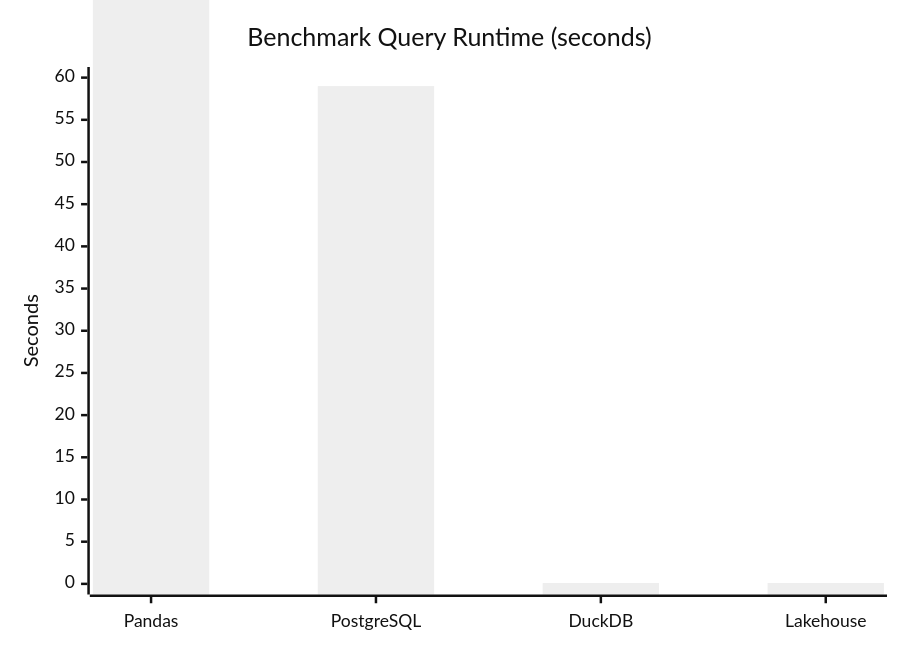
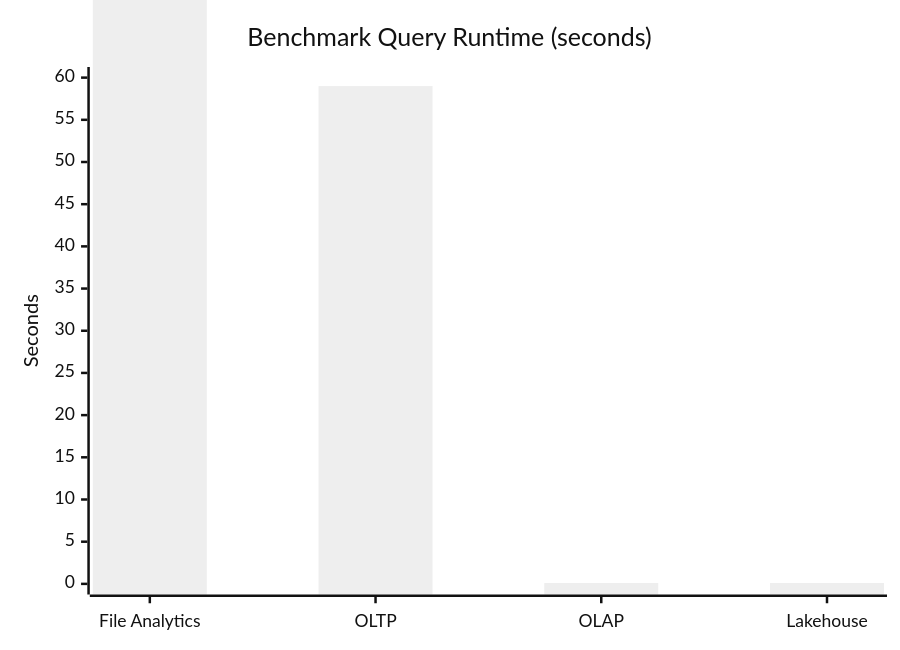
One commit to Rez99/data-engineering-portfolio changed the diagram in project-1-lakehouse/README.md. Above: the diagram before and after it, drawn with Mermaid (neutral theme).

Commit message:
Update benchmark chart labels in README for clarity

````diff
--- a/project-1-lakehouse/README.md
+++ b/project-1-lakehouse/README.md
@@ -10,7 +10,7 @@
 ```mermaid
 xychart-beta
     title "Benchmark Query Runtime (seconds)"
-    x-axis ["Pandas", "PostgreSQL", "DuckDB", "Lakehouse"]
+    x-axis ["File Analytics", "OLTP", "OLAP", "Lakehouse"]
     y-axis "Seconds" 0 --> 60
     bar [70, 59, 0.1, 0.1]
 ```
````
